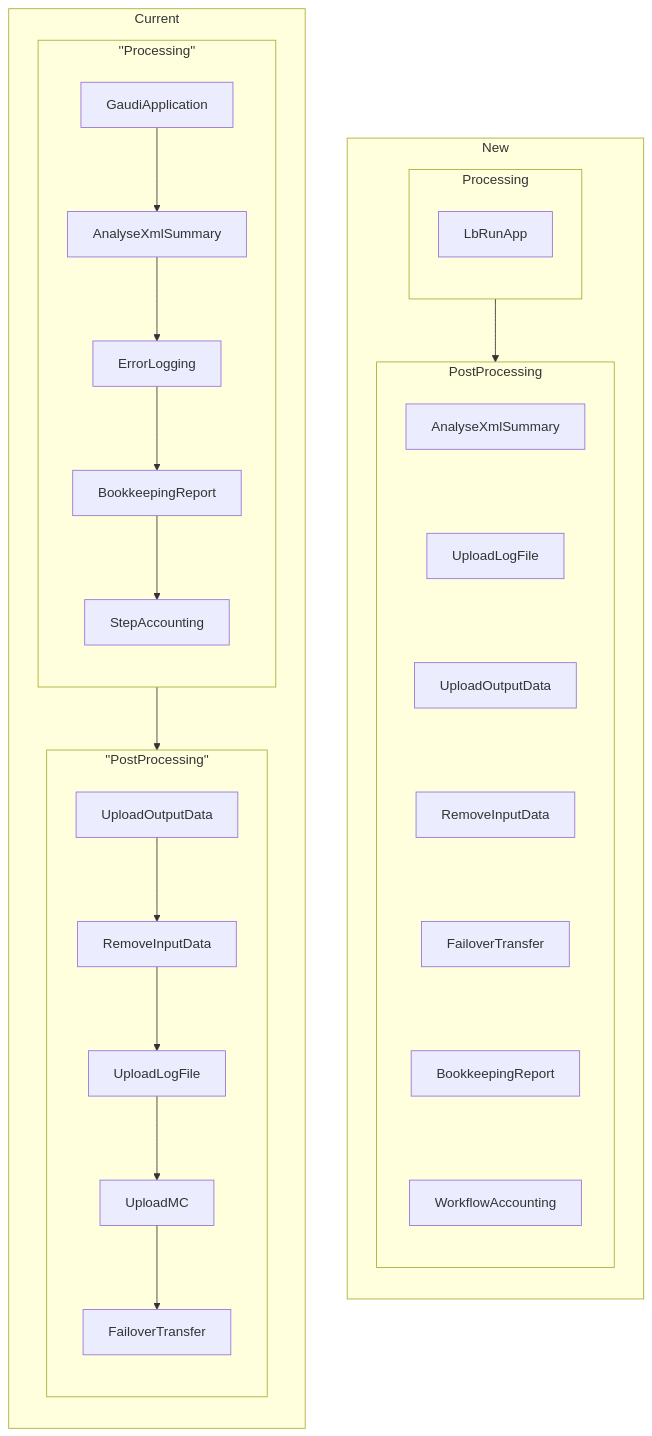
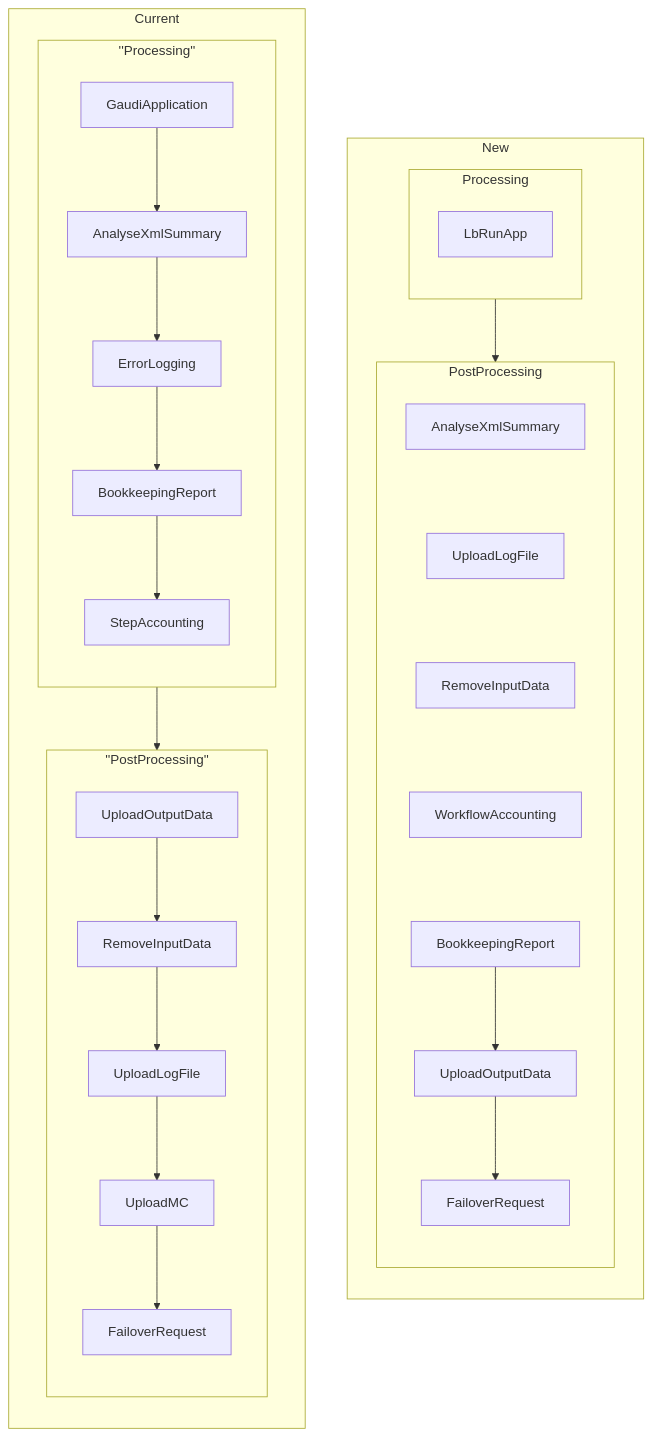
One commit to DIRACGrid/dirac-cwl changed the fourth of 5 diagrams in docs/design/lhcb-workflows.md. Above: the diagram before and after it, drawn with Mermaid. The commit also changed other lines of this file, not shown here.

````diff
--- a/docs/design/lhcb-workflows.md
+++ b/docs/design/lhcb-workflows.md
@@ -171,70 +173,72 @@
 ```mermaid
 flowchart LR
     subgraph Current
         direction TB
 
 
         subgraph Processing0[''Processing'']
             direction TB
 
             GaudiApplication0[GaudiApplication]
             AnalyseXmlSummary0[AnalyseXmlSummary]
             ErrorLogging0[ErrorLogging]
             BookkeepingReport0[BookkeepingReport]
             StepAccounting0[StepAccounting]
 
 
             GaudiApplication0 --> AnalyseXmlSummary0
             AnalyseXmlSummary0 --> ErrorLogging0
             ErrorLogging0 --> BookkeepingReport0
             BookkeepingReport0 --> StepAccounting0
         end
 
         subgraph PostProcessing0[''PostProcessing'']
             direction TB
 
             UploadOutputData0[UploadOutputData]
             RemoveInputData0[RemoveInputData]
             UploadLogFile0[UploadLogFile]
             UploadMC0[UploadMC]
-            FailoverTransfer0[FailoverTransfer]
+            FailoverRequest0[FailoverRequest]
 
             UploadOutputData0 --> RemoveInputData0
             RemoveInputData0 --> UploadLogFile0
             UploadLogFile0 --> UploadMC0
-            UploadMC0 --> FailoverTransfer0
+            UploadMC0 --> FailoverRequest0
         end
 
         Processing0 --> PostProcessing0
 
     end
 
     subgraph New
         direction TB
         subgraph Processing1[Processing]
             direction TB
             LbRunApp1[LbRunApp]
 
         end
         subgraph PostProcessing1[PostProcessing]
             direction TB
             AnalyseXmlSummary1[AnalyseXmlSummary]
             UploadLogFile1[UploadLogFile]
             UploadOutputData1[UploadOutputData]
-            FailoverTransfer1[FailoverTransfer]
+            FailoverRequest1[FailoverRequest]
             BookkeepingReport1[BookkeepingReport]
             WorkflowAccounting1[WorkflowAccounting]
             RemoveInputData1[RemoveInputData]
 
+
             AnalyseXmlSummary1 ~~~ UploadLogFile1
-            UploadLogFile1 ~~~ UploadOutputData1
-            UploadOutputData1 ~~~ RemoveInputData1
-            RemoveInputData1 ~~~ FailoverTransfer1
-            FailoverTransfer1 ~~~ BookkeepingReport1
-            BookkeepingReport1 ~~~ WorkflowAccounting1
+            UploadLogFile1 ~~~ RemoveInputData1
+            RemoveInputData1 ~~~ WorkflowAccounting1
+            WorkflowAccounting1 ~~~ BookkeepingReport1
+            BookkeepingReport1 --> UploadOutputData1
+            UploadOutputData1 --> FailoverRequest1
+
         end
         Processing1 --> PostProcessing1
     end
 
     Current ~~~ New
 ```
````
